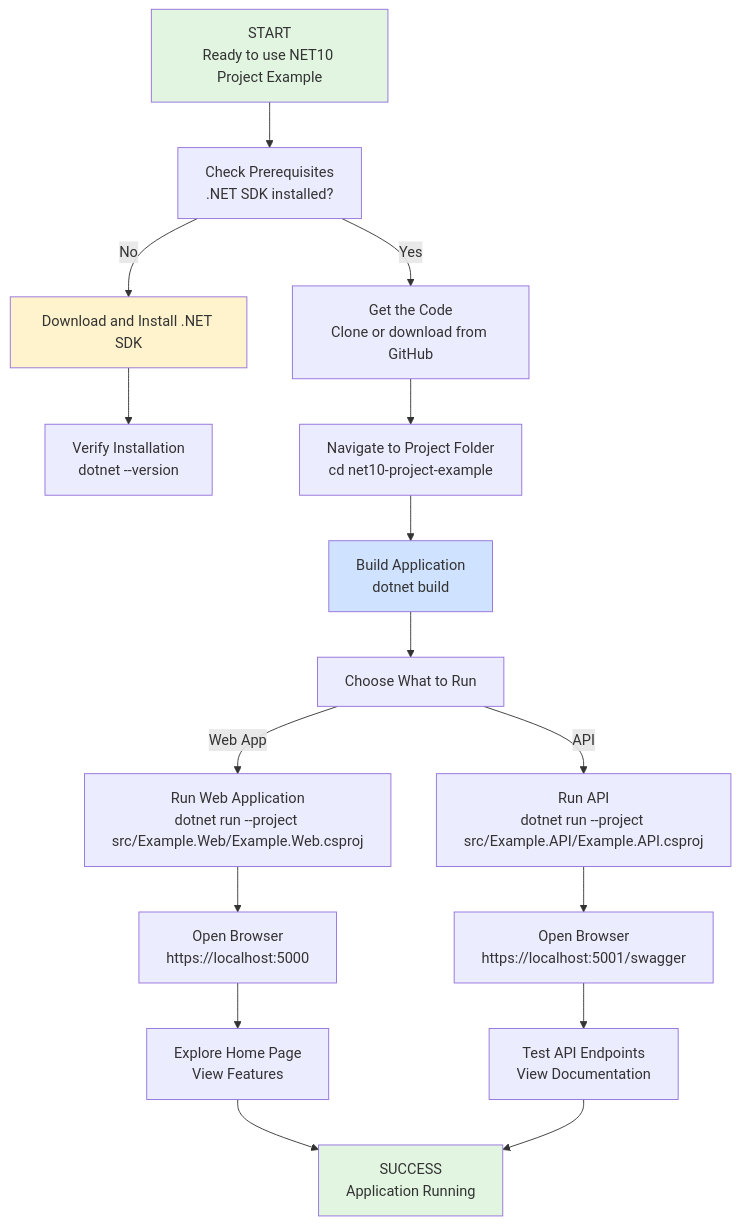
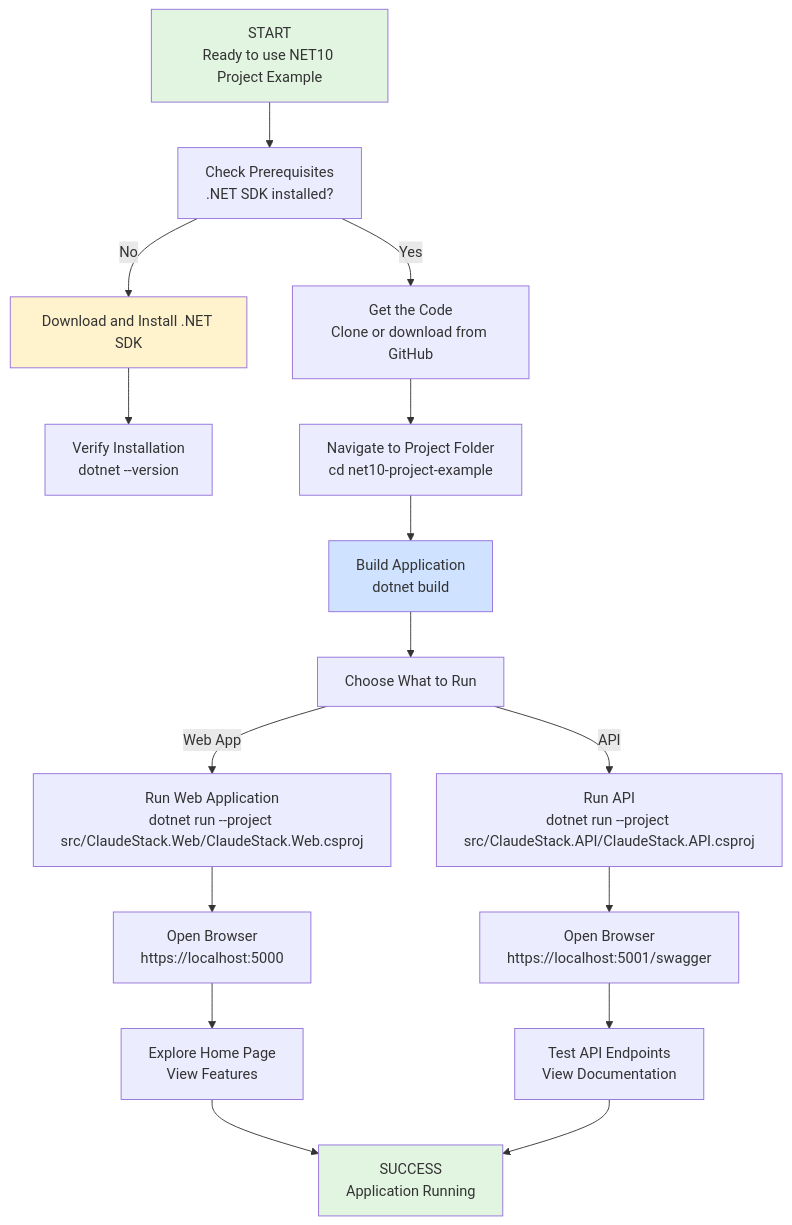
One commit to mpaulohs/GazetaMarketplace changed the diagram in docs/docfx-user/articles/getting-started.md. Above: the diagram before and after it, drawn with Mermaid. The commit also changed other lines of this file and 162 other files, not shown here.

First line of the commit message:
Rename project to ClaudeStack.net

````diff
--- a/docs/docfx-user/articles/getting-started.md
+++ b/docs/docfx-user/articles/getting-started.md
@@ -181,22 +181,22 @@
 ```mermaid
 flowchart TD
     A["START<br/>Ready to use NET10 Project Example"] --> B["Check Prerequisites<br/>.NET SDK installed?"]
     B -->|No| C["Download and Install .NET SDK"]
     C --> D["Verify Installation<br/>dotnet --version"]
     B -->|Yes| E["Get the Code<br/>Clone or download from GitHub"]
     E --> F["Navigate to Project Folder<br/>cd net10-project-example"]
     F --> G["Build Application<br/>dotnet build"]
     G --> H["Choose What to Run"]
-    H -->|Web App| I["Run Web Application<br/>dotnet run --project src/Example.Web/Example.Web.csproj"]
-    H -->|API| J["Run API<br/>dotnet run --project src/Example.API/Example.API.csproj"]
+    H -->|Web App| I["Run Web Application<br/>dotnet run --project src/ClaudeStack.Web/ClaudeStack.Web.csproj"]
+    H -->|API| J["Run API<br/>dotnet run --project src/ClaudeStack.API/ClaudeStack.API.csproj"]
     I --> K["Open Browser<br/>https://localhost:5000"]
     J --> L["Open Browser<br/>https://localhost:5001/swagger"]
     K --> M["Explore Home Page<br/>View Features"]
     L --> N["Test API Endpoints<br/>View Documentation"]
     M --> O["SUCCESS<br/>Application Running"]
     N --> O
     style A fill:#e1f5e1
     style O fill:#e1f5e1
     style C fill:#fff3cd
     style G fill:#cfe2ff
 ```
````
